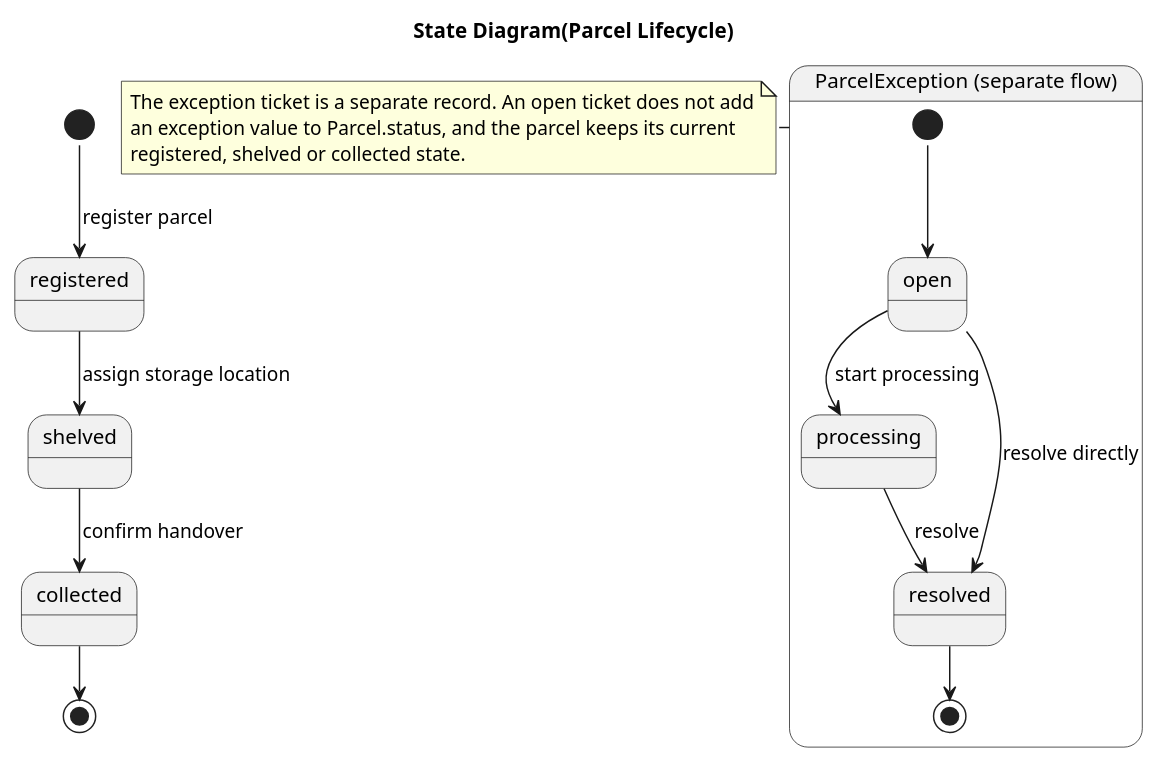
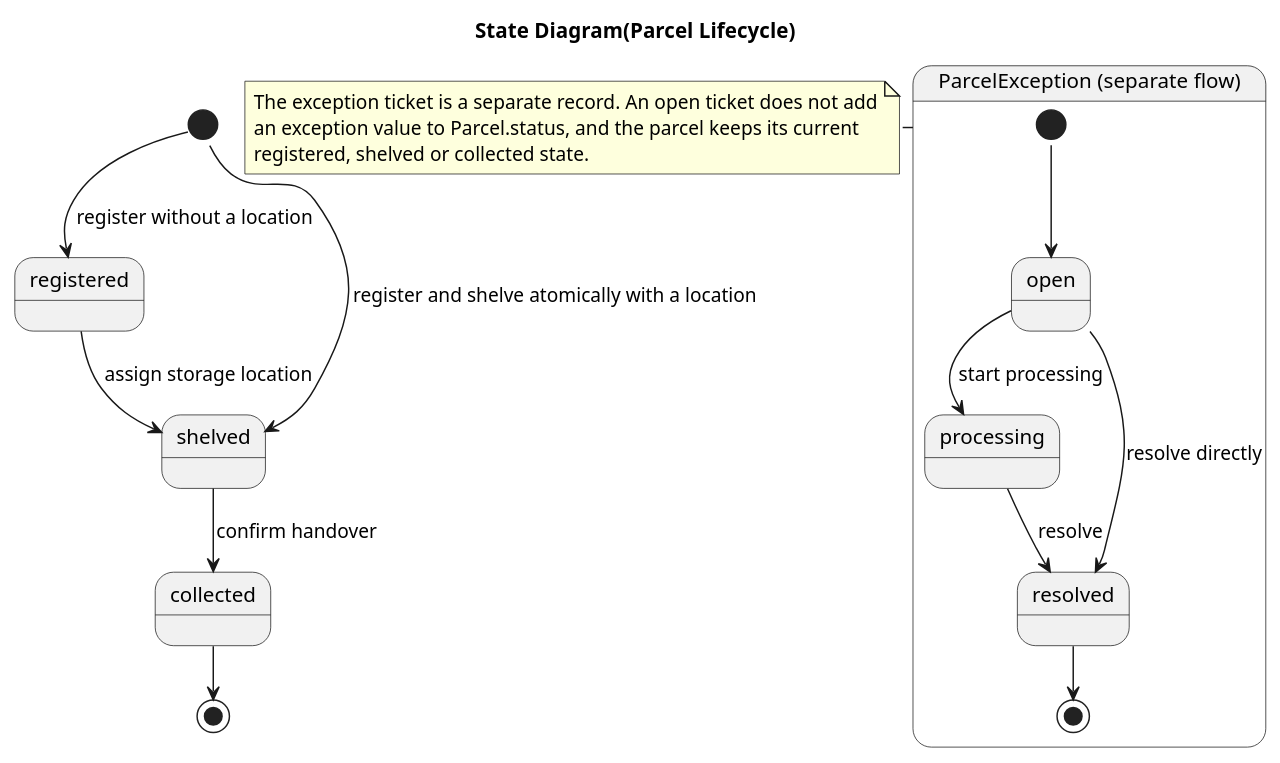
The diagram in docs/02-design/uml/state-parcel-lifecycle.puml (123dvfj123/linyi-collection-point), drawn with PlantUML before and after one commit. The commit also changed 8 other files, not shown here.

```diff
--- a/docs/02-design/uml/state-parcel-lifecycle.puml
+++ b/docs/02-design/uml/state-parcel-lifecycle.puml
@@ -1,34 +1,35 @@
 @startuml state-parcel-lifecycle
 title State Diagram(Parcel Lifecycle)
 !pragma layout smetana
 
 ' Source: CR-006, ERD.md and backend-state-machines.md.
 
 state "registered" as Registered
 state "shelved" as Shelved
 state "collected" as Collected
 
-[*] --> Registered : register parcel
+[*] --> Registered : register without a location
+[*] --> Shelved : register and shelve atomically with a location
 Registered --> Shelved : assign storage location
 Shelved --> Collected : confirm handover
 Collected --> [*]
 
 state "ParcelException (separate flow)" as ExceptionFlow {
   state "open" as ExceptionOpen
   state "processing" as ExceptionProcessing
   state "resolved" as ExceptionResolved
 
   [*] --> ExceptionOpen
   ExceptionOpen --> ExceptionProcessing : start processing
   ExceptionProcessing --> ExceptionResolved : resolve
   ExceptionOpen --> ExceptionResolved : resolve directly
   ExceptionResolved --> [*]
 }
 
 note right of ExceptionFlow
   The exception ticket is a separate record. An open ticket does not add
   an exception value to Parcel.status, and the parcel keeps its current
   registered, shelved or collected state.
 end note
 
 @enduml
```
